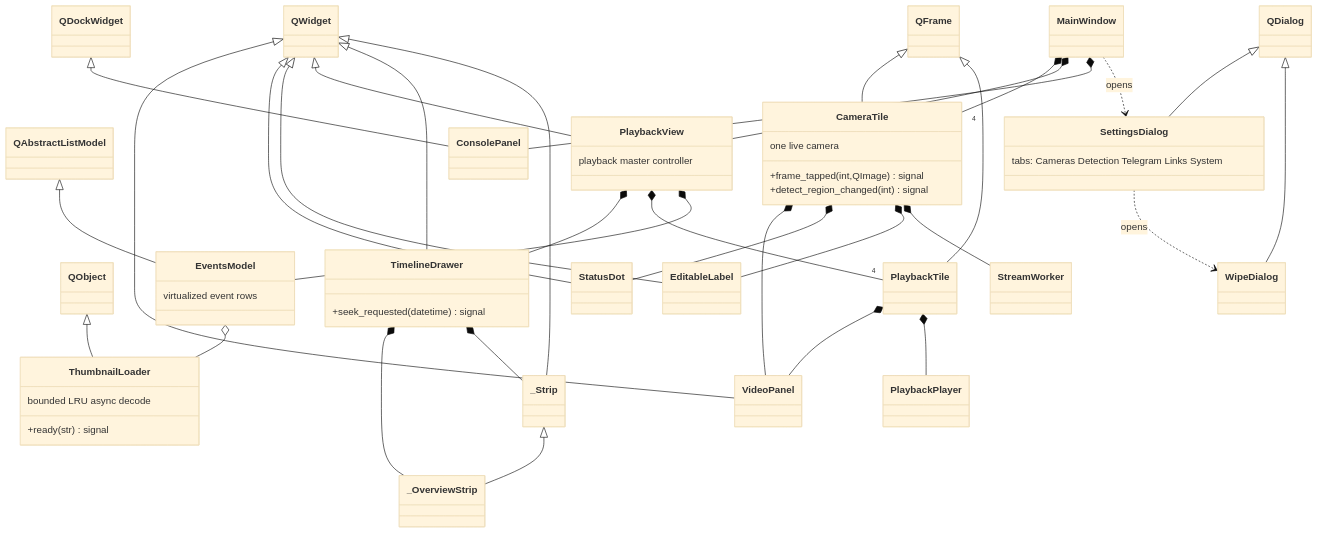
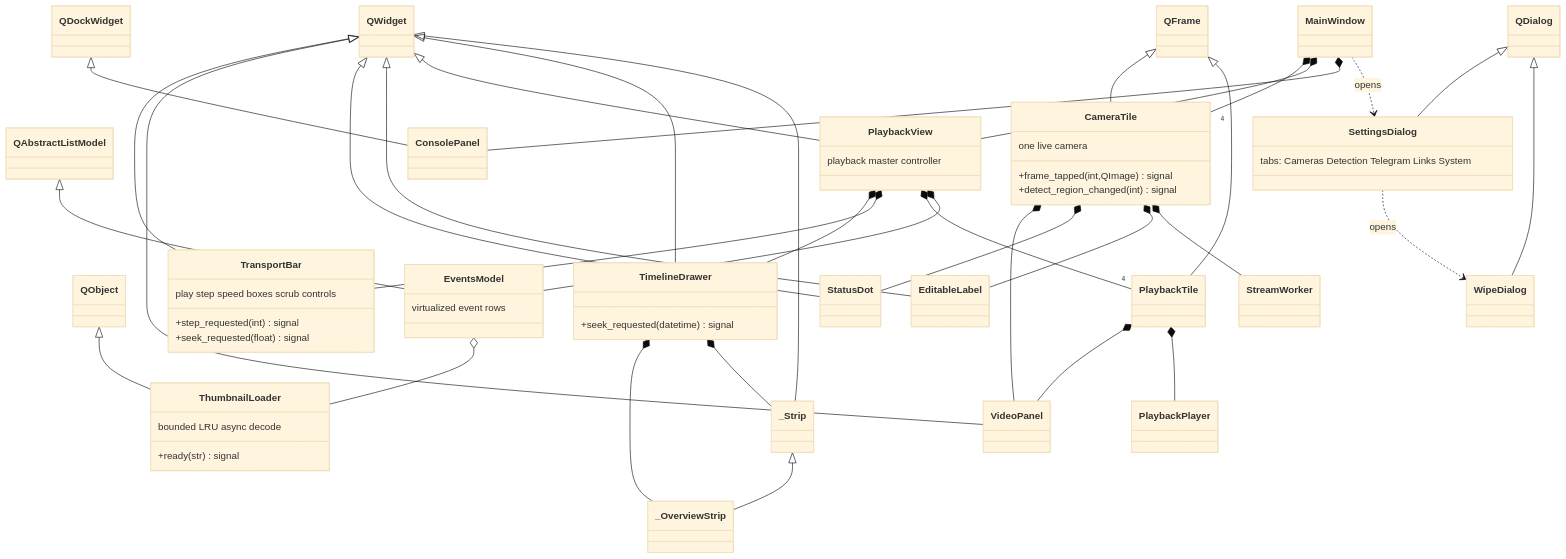
The third of 4 diagrams in README.md (DevAbdoTolba/watchhouse), drawn with Mermaid (base theme) before and after one commit. The commit also changed other lines of this file and 5 other files, not shown here.

First line of the commit message:
refactor(v0.4.78): extract TransportBar from PlaybackView (R3 step 1)

````diff
--- a/README.md
+++ b/README.md
@@ -195,63 +195,70 @@
 ```mermaid
 classDiagram
     class QWidget
     class QFrame
     class QObject
     class QAbstractListModel
     class QDockWidget
 
     QFrame <|-- CameraTile
     QFrame <|-- PlaybackTile
+    QWidget <|-- TransportBar
     QWidget <|-- VideoPanel
     QWidget <|-- StatusDot
     QWidget <|-- EditableLabel
     QWidget <|-- PlaybackView
     QWidget <|-- TimelineDrawer
     QWidget <|-- _Strip
     _Strip <|-- _OverviewStrip
     QAbstractListModel <|-- EventsModel
     QObject <|-- ThumbnailLoader
     QDockWidget <|-- ConsolePanel
     QDialog <|-- SettingsDialog
     QDialog <|-- WipeDialog
 
     class CameraTile {
         +frame_tapped(int,QImage) signal
         +detect_region_changed(int) signal
         one live camera
     }
     class PlaybackView {
         playback master controller
     }
+    class TransportBar {
+        +step_requested(int) signal
+        +seek_requested(float) signal
+        play step speed boxes scrub controls
+    }
     class TimelineDrawer {
         +seek_requested(datetime) signal
     }
     class EventsModel {
         virtualized event rows
     }
     class ThumbnailLoader {
         +ready(str) signal
         bounded LRU async decode
     }
     class SettingsDialog {
         tabs: Cameras Detection Telegram Links System
     }
 
     CameraTile *-- VideoPanel
     CameraTile *-- StatusDot
     CameraTile *-- EditableLabel
     CameraTile *-- StreamWorker
     PlaybackView *-- TimelineDrawer
+    PlaybackView *-- TransportBar
     PlaybackView *-- "4" PlaybackTile
     PlaybackView *-- EventsModel
     PlaybackTile *-- VideoPanel
     PlaybackTile *-- PlaybackPlayer
     TimelineDrawer *-- _OverviewStrip
     TimelineDrawer *-- _Strip
     EventsModel o-- ThumbnailLoader
     MainWindow *-- "4" CameraTile
     MainWindow *-- PlaybackView
     MainWindow *-- ConsolePanel
     MainWindow ..> SettingsDialog : opens
     SettingsDialog ..> WipeDialog : opens
 ```
````
